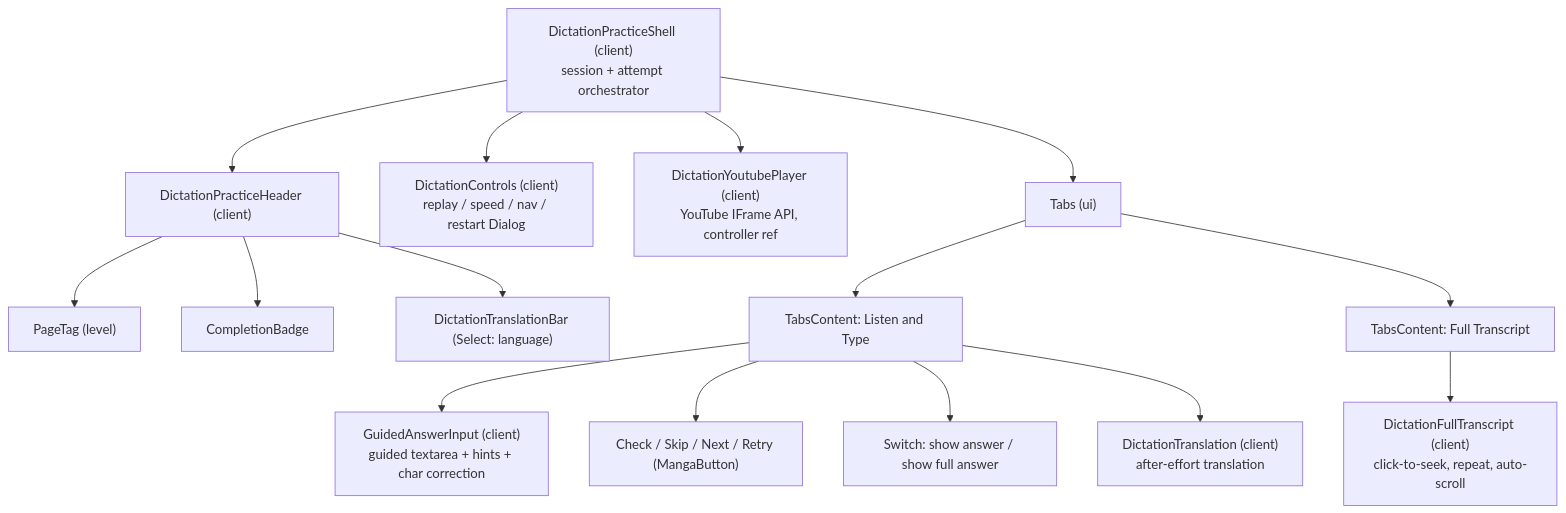
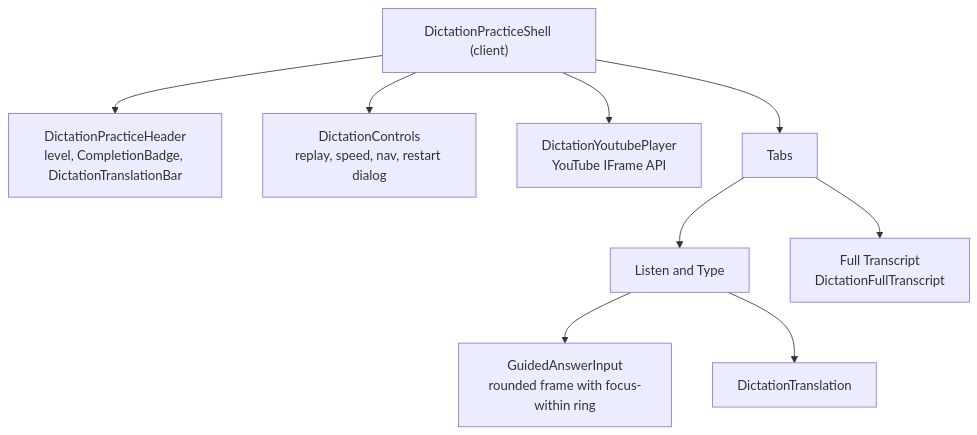
One commit to NaKMiers/English_For_Only_Me changed the second of 4 diagrams in docs/06-frontend.md. Above: the diagram before and after it, drawn with Mermaid. The commit also changed other lines of this file and 12 other files, not shown here.

````diff
--- a/docs/06-frontend.md
+++ b/docs/06-frontend.md
@@ -309,18 +321,12 @@
 ```mermaid
 graph TD
-  Shell["DictationPracticeShell (client)<br/>session + attempt orchestrator"]
-  Shell --> Header["DictationPracticeHeader (client)"]
-  Header --> PT["PageTag (level)"]
-  Header --> CB["CompletionBadge"]
-  Header --> TBar["DictationTranslationBar (Select: language)"]
-  Shell --> Controls["DictationControls (client)<br/>replay / speed / nav / restart Dialog"]
-  Shell --> Player["DictationYoutubePlayer (client)<br/>YouTube IFrame API, controller ref"]
-  Shell --> Tabs["Tabs (ui)"]
-  Tabs --> TypeTab["TabsContent: Listen and Type"]
-  TypeTab --> Guided["GuidedAnswerInput (client)<br/>guided textarea + hints + char correction"]
-  TypeTab --> Actions["Check / Skip / Next / Retry (MangaButton)"]
-  TypeTab --> Switches["Switch: show answer / show full answer"]
-  TypeTab --> Trans["DictationTranslation (client)<br/>after-effort translation"]
-  Tabs --> TransTab["TabsContent: Full Transcript"]
-  TransTab --> Full["DictationFullTranscript (client)<br/>click-to-seek, repeat, auto-scroll"]
+  Shell["DictationPracticeShell (client)"]
+  Shell --> Header["DictationPracticeHeader<br/>level, CompletionBadge, DictationTranslationBar"]
+  Shell --> Controls["DictationControls<br/>replay, speed, nav, restart dialog"]
+  Shell --> Player["DictationYoutubePlayer<br/>YouTube IFrame API"]
+  Shell --> Tabs["Tabs"]
+  Tabs --> Type["Listen and Type"]
+  Type --> Guided["GuidedAnswerInput<br/>rounded frame with focus-within ring"]
+  Type --> Trans["DictationTranslation"]
+  Tabs --> Full["Full Transcript<br/>DictationFullTranscript"]
 ```
````
